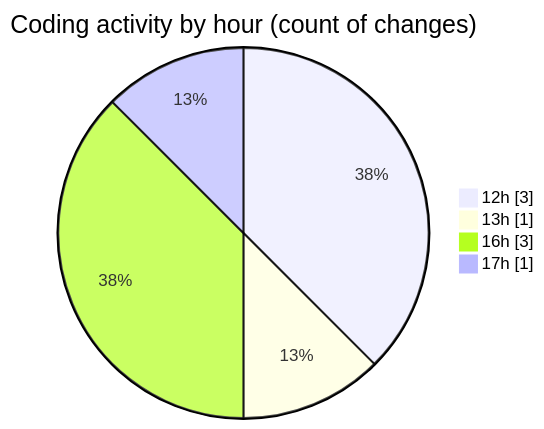
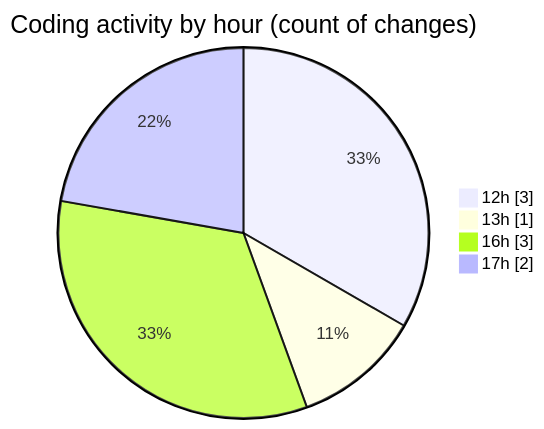
One commit to ricardozamudiocil/code-tracking changed the second of 2 diagrams in 2026-06-10/cilapp/README.md. Above: the diagram before and after it, drawn with Mermaid. The commit also changed other lines of this file and 1 other file, not shown here.

````diff
--- a/2026-06-10/cilapp/README.md
+++ b/2026-06-10/cilapp/README.md
@@ -33,8 +34,8 @@
 ```mermaid
 pie showData
 title Coding activity by hour (count of changes)
 "12h" : 3
 "13h" : 1
 "16h" : 3
-"17h" : 1
+"17h" : 2
 ```
````
